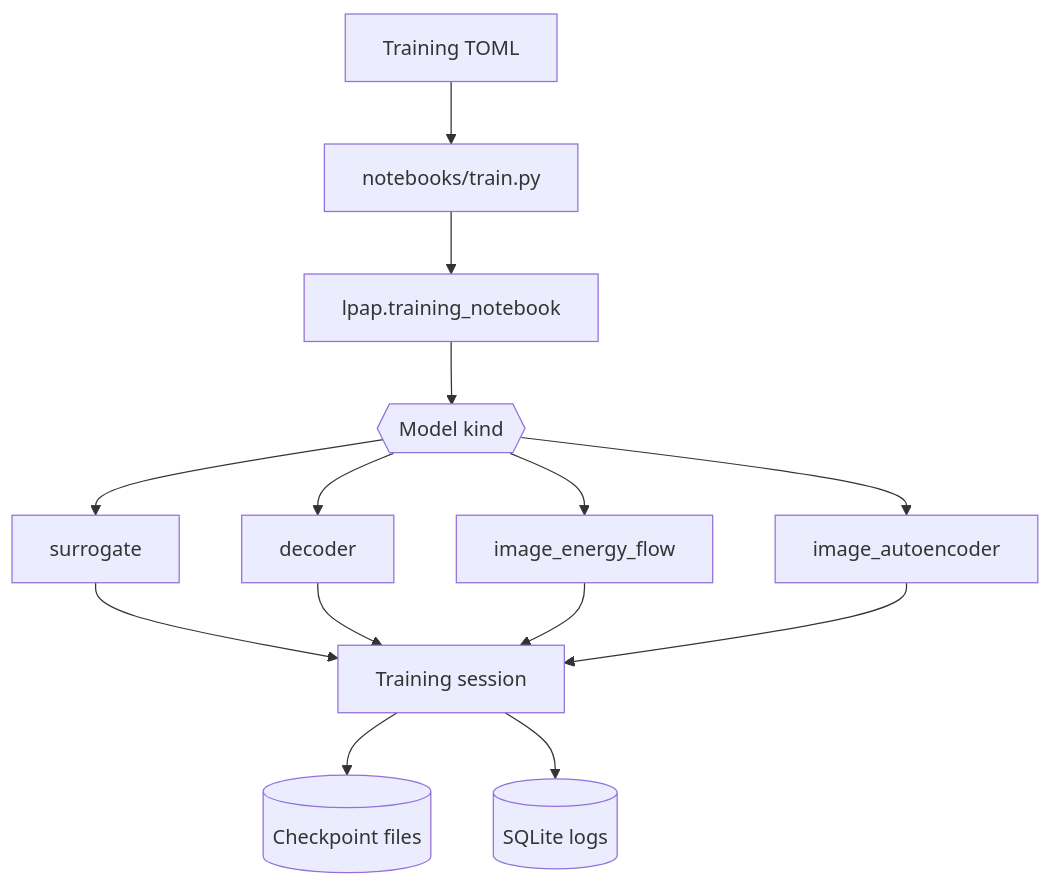
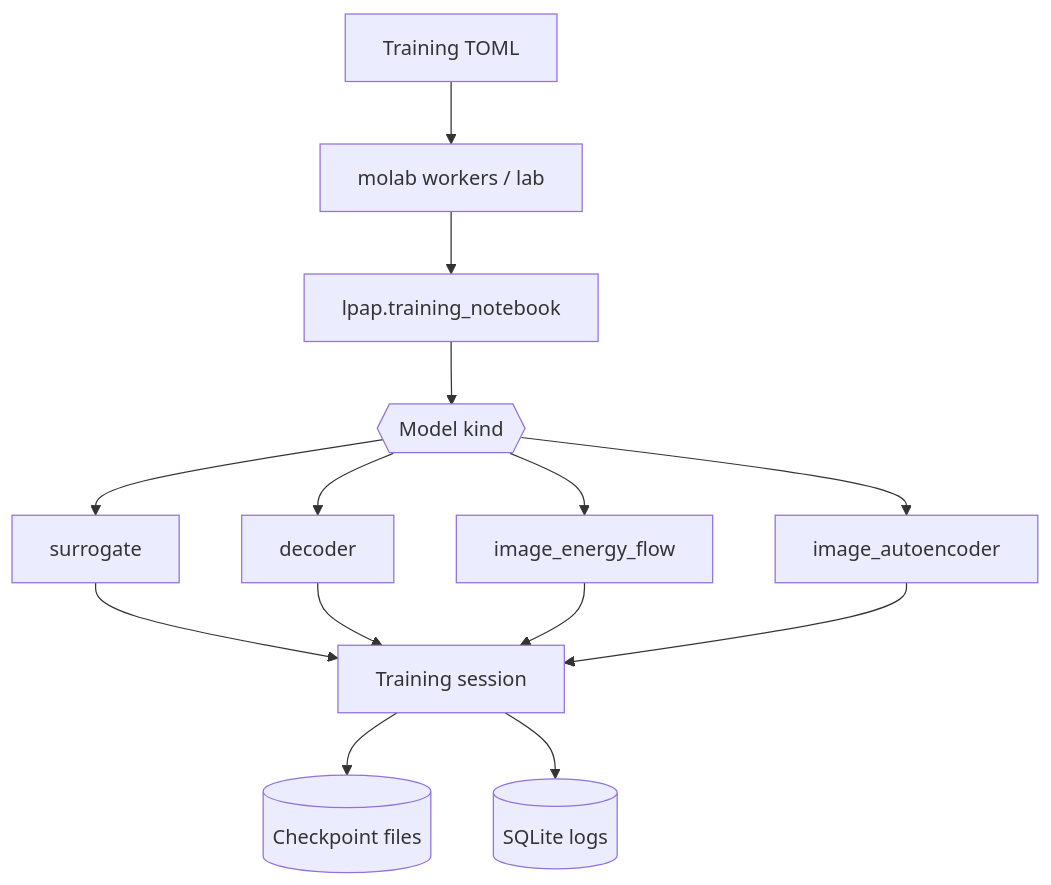
Before and after one commit to matovitch/lpap: the first of 5 diagrams in doc/training-stack.md, drawn with Mermaid. The commit also changed other lines of this file and 48 other files, not shown here.

````diff
--- a/doc/training-stack.md
+++ b/doc/training-stack.md
@@ -15,13 +15,13 @@
 ```mermaid
 flowchart TD
-    config[Training TOML] --> train_notebook[notebooks/train.py]
-    train_notebook --> dispatch[lpap.training_notebook]
+    config[Training TOML] --> molab_jobs[molab workers / lab]
+    molab_jobs --> dispatch[lpap.training_notebook]
     dispatch --> kinds{{Model kind}}
     kinds --> surrogate[surrogate]
     kinds --> decoder[decoder]
     kinds --> image_energy_flow[image_energy_flow]
     kinds --> image_autoencoder[image_autoencoder]
     surrogate & decoder & image_energy_flow & image_autoencoder --> session[Training session]
     session --> checkpoint[(Checkpoint files)]
     session --> sqlite[(SQLite logs)]
 ```
````
